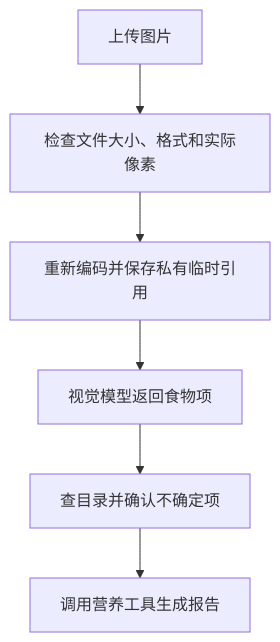
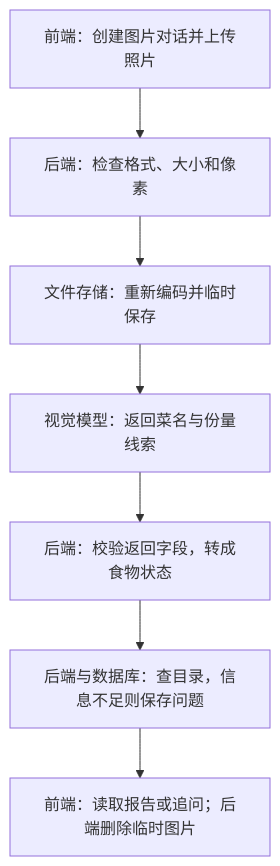
The diagram in docs/learning/feature-image-analysis.md (HuaguoshanLab/identify-food-calories), drawn with Mermaid before and after one commit. The commit also changed other lines of this file and 21 other files, not shown here.

````diff
--- a/docs/learning/feature-image-analysis.md
+++ b/docs/learning/feature-image-analysis.md
@@ -17,14 +32,9 @@
 ```mermaid
 flowchart TD
-    N0["上传图片"]
-    N1["检查文件大小、格式和实际像素"]
-    N0 --> N1
-    N2["重新编码并保存私有临时引用"]
-    N1 --> N2
-    N3["视觉模型返回食物项"]
-    N2 --> N3
-    N4["查目录并确认不确定项"]
-    N3 --> N4
-    N5["调用营养工具生成报告"]
-    N4 --> N5
+    A["前端：创建图片对话并上传照片"] --> B["后端：检查格式、大小和像素"]
+    B --> C["文件存储：重新编码并临时保存"]
+    C --> D["视觉模型：返回菜名与份量线索"]
+    D --> E["后端：校验返回字段，转成食物状态"]
+    E --> F["后端与数据库：查目录，信息不足则保存问题"]
+    F --> G["前端：读取报告或追问；后端删除临时图片"]
 ```
````
